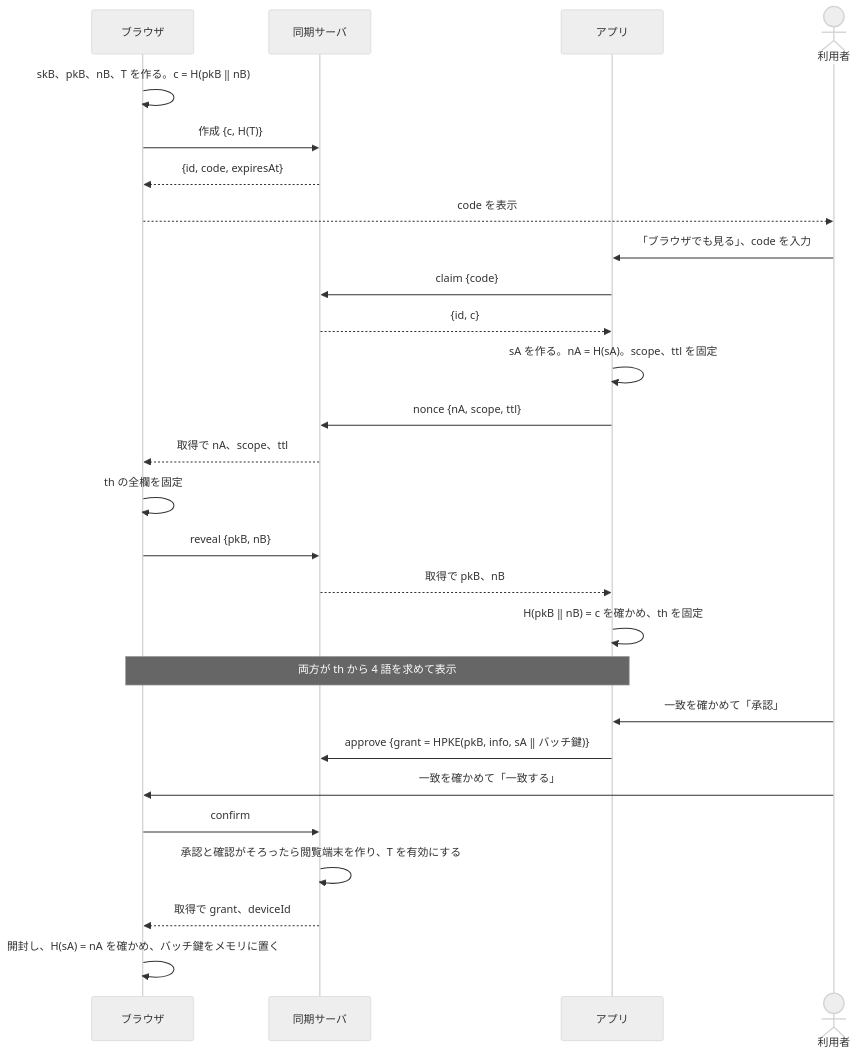
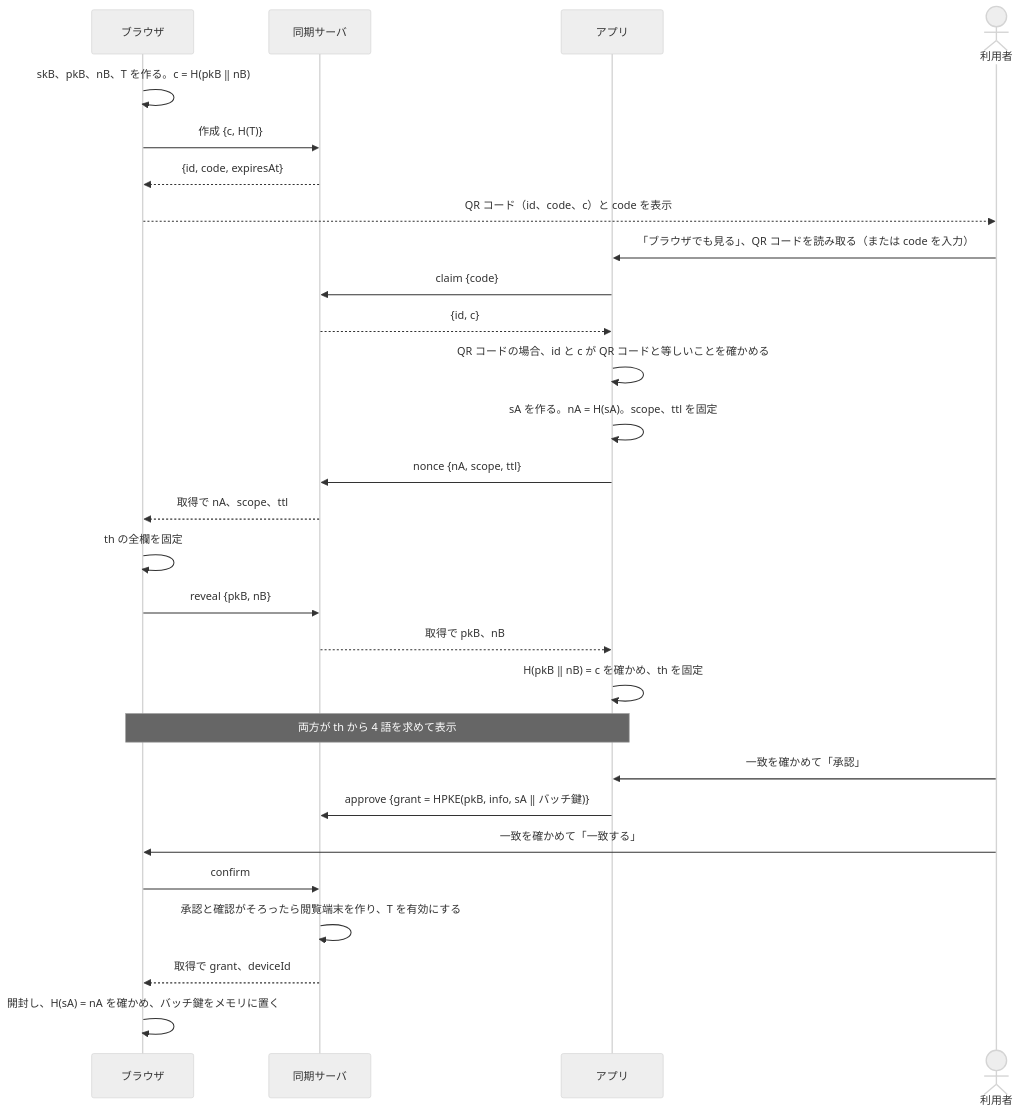
The diagram in docs/design/browser-pairing-v1.md (sksat/ashidori), drawn with Mermaid (neutral theme) before and after one commit. The commit also changed other lines of this file and 23 other files, not shown here.

````diff
--- a/docs/design/browser-pairing-v1.md
+++ b/docs/design/browser-pairing-v1.md
@@ -38,29 +39,30 @@
 ```mermaid
 sequenceDiagram
   participant W as ブラウザ
   participant S as 同期サーバ
   participant P as アプリ
   actor U as 利用者
   W->>W: skB、pkB、nB、T を作る。c = H(pkB ‖ nB)
   W->>S: 作成 {c, H(T)}
   S-->>W: {id, code, expiresAt}
-  W-->>U: code を表示
-  U->>P: 「ブラウザでも見る」、code を入力
+  W-->>U: QR コード（id、code、c）と code を表示
+  U->>P: 「ブラウザでも見る」、QR コードを読み取る（または code を入力）
   P->>S: claim {code}
   S-->>P: {id, c}
+  P->>P: QR コードの場合、id と c が QR コードと等しいことを確かめる
   P->>P: sA を作る。nA = H(sA)。scope、ttl を固定
   P->>S: nonce {nA, scope, ttl}
   S-->>W: 取得で nA、scope、ttl
   W->>W: th の全欄を固定
   W->>S: reveal {pkB, nB}
   S-->>P: 取得で pkB、nB
   P->>P: H(pkB ‖ nB) = c を確かめ、th を固定
   Note over W,P: 両方が th から 4 語を求めて表示
   U->>P: 一致を確かめて「承認」
   P->>S: approve {grant = HPKE(pkB, info, sA ‖ バッチ鍵)}
   U->>W: 一致を確かめて「一致する」
   W->>S: confirm
   S->>S: 承認と確認がそろったら閲覧端末を作り、T を有効にする
   S-->>W: 取得で grant、deviceId
   W->>W: 開封し、H(sA) = nA を確かめ、バッチ鍵をメモリに置く
 ```
````
